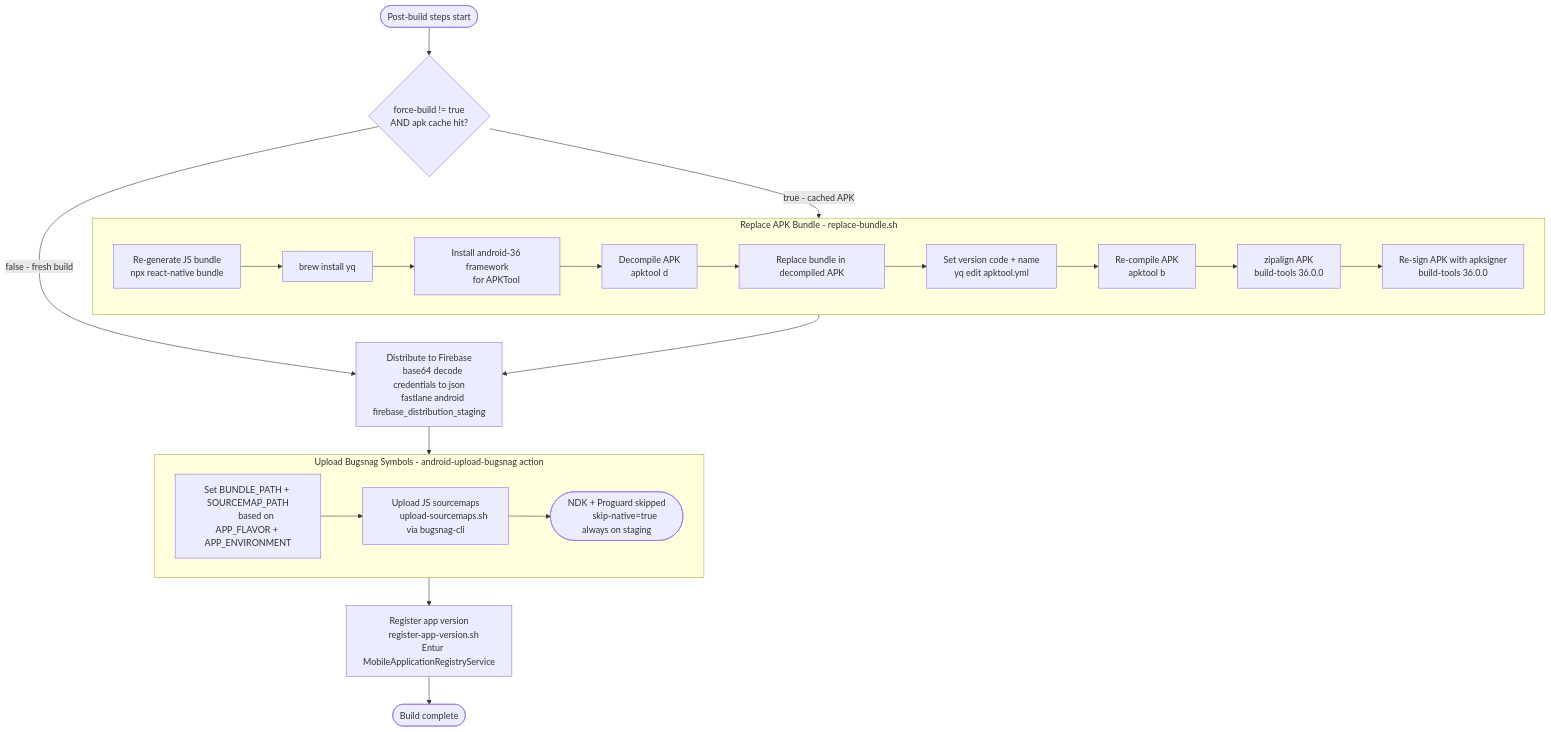
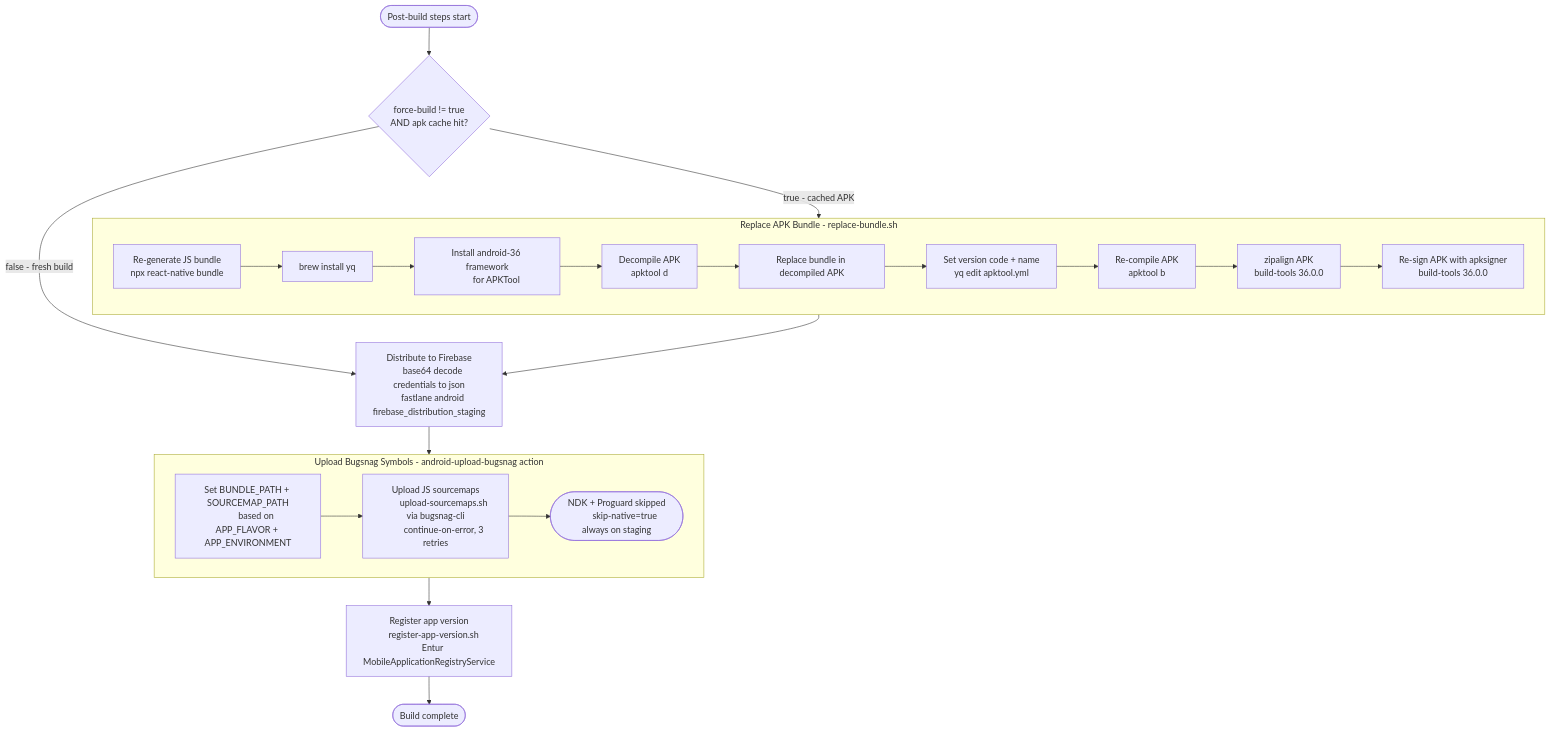
The fourth of 6 diagrams in docs/android-build-staging-graph.md (AtB-AS/mittatb-app), drawn with Mermaid before and after one commit. The commit also changed other lines of this file and 14 other files, not shown here.

First line of the commit message:
ci: refactor sourcemap handling and update bugsnag-cli to 3.9.0 (#5872)

````diff
--- a/docs/android-build-staging-graph.md
+++ b/docs/android-build-staging-graph.md
@@ -214,58 +214,59 @@
 ```mermaid
 flowchart TD
     start(["Post-build steps start"])
 
     start --> replace_check{"force-build != true
     AND apk cache hit?"}
 
     replace_check -- "true - cached APK" --> replace_bundle
     replace_check -- "false - fresh build" --> firebase
 
     subgraph replace_bundle ["Replace APK Bundle - replace-bundle.sh"]
         rb_bundle["Re-generate JS bundle
         npx react-native bundle"]
         rb_yq["brew install yq"]
         rb_framework["Install android-36 framework
         for APKTool"]
         rb_decompile["Decompile APK
         apktool d"]
         rb_replace["Replace bundle in decompiled APK"]
         rb_version["Set version code + name
         yq edit apktool.yml"]
         rb_recompile["Re-compile APK
         apktool b"]
         rb_align["zipalign APK
         build-tools 36.0.0"]
         rb_sign["Re-sign APK with apksigner
         build-tools 36.0.0"]
 
         rb_bundle --> rb_yq --> rb_framework --> rb_decompile
         rb_decompile --> rb_replace --> rb_version
         rb_version --> rb_recompile --> rb_align --> rb_sign
     end
 
     replace_bundle --> firebase
 
     firebase["Distribute to Firebase
     base64 decode credentials to json
     fastlane android firebase_distribution_staging"]
 
     firebase --> bugsnag_upload
 
     subgraph bugsnag_upload ["Upload Bugsnag Symbols - android-upload-bugsnag action"]
         bs_set["Set BUNDLE_PATH + SOURCEMAP_PATH
         based on APP_FLAVOR + APP_ENVIRONMENT"]
         bs_sourcemaps["Upload JS sourcemaps
-        upload-sourcemaps.sh via bugsnag-cli"]
+        upload-sourcemaps.sh via bugsnag-cli
+        continue-on-error, 3 retries"]
         bs_skip_native(["NDK + Proguard skipped
         skip-native=true always on staging"])
 
         bs_set --> bs_sourcemaps --> bs_skip_native
     end
 
     bugsnag_upload --> register["Register app version
     register-app-version.sh
     Entur MobileApplicationRegistryService"]
 
     register --> done(["Build complete"])
 ```
````
